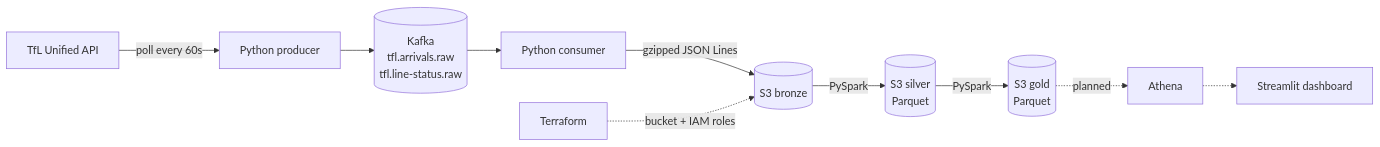
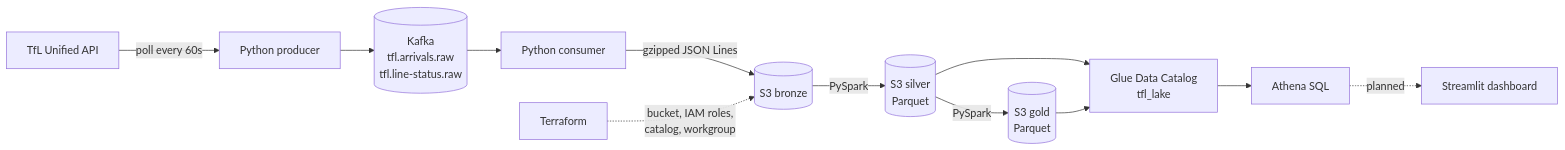
One commit to Muhammad234871/tfl-streaming-pipeline changed the diagram in README.md. Above: the diagram before and after it, drawn with Mermaid. The commit also changed other lines of this file, not shown here.

Commit message:
Update README for Phase 4: Athena SQL, partition projection, known limitations

````diff
--- a/README.md
+++ b/README.md
@@ -18,12 +19,14 @@
 ```mermaid
 flowchart LR
     A[TfL Unified API] -->|poll every 60s| B[Python producer]
     B --> C[(Kafka<br/>tfl.arrivals.raw<br/>tfl.line-status.raw)]
     C --> D[Python consumer]
     D -->|gzipped JSON Lines| E[(S3 bronze)]
     E -->|PySpark| F[(S3 silver<br/>Parquet)]
     F -->|PySpark| G[(S3 gold<br/>Parquet)]
-    T[Terraform] -.->|bucket + IAM roles| E
-    G -.->|planned| H[Athena]
-    H -.-> I[Streamlit dashboard]
+    F --> K[Glue Data Catalog<br/>tfl_lake]
+    G --> K
+    K --> H[Athena SQL]
+    T[Terraform] -.->|bucket, IAM roles,<br/>catalog, workgroup| E
+    H -.->|planned| I[Streamlit dashboard]
 ```
````
